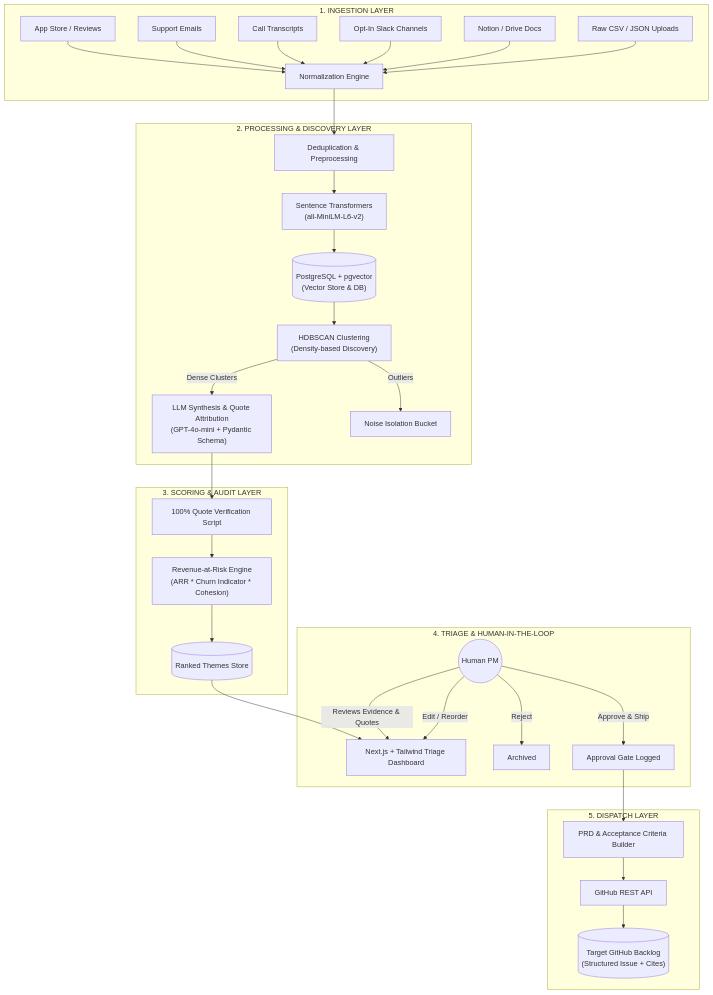
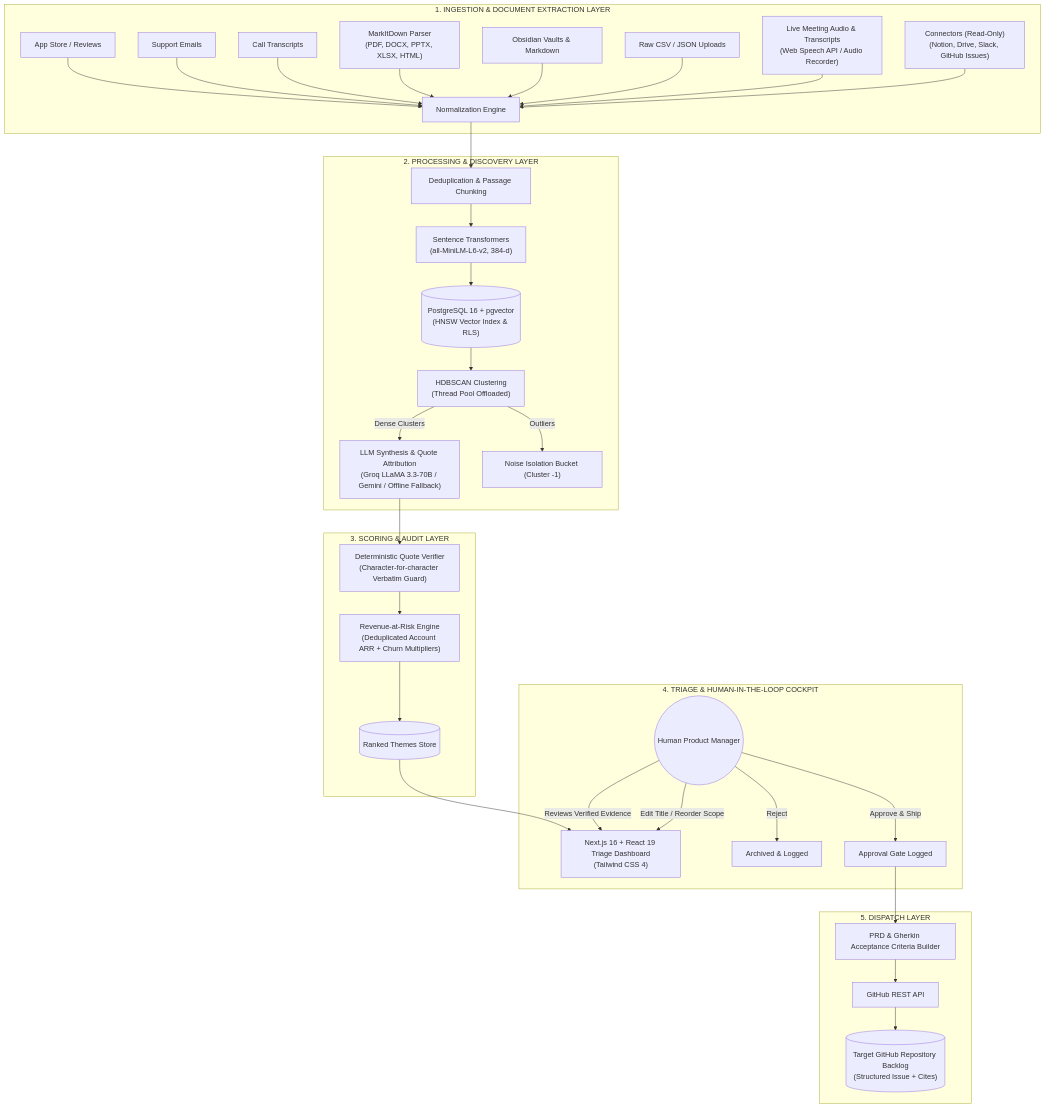
The first of 2 diagrams in Architecture.md (Abhishek-Deshmukh9/ASYNC-MOTIF), drawn with Mermaid before and after one commit. The commit also changed other lines of this file and 15 other files, not shown here.

````diff
--- a/Architecture.md
+++ b/Architecture.md
@@ -12,40 +12,42 @@
 ```mermaid
 flowchart TD
-    subgraph S1["1. INGESTION LAYER"]
+    subgraph S1["1. INGESTION & DOCUMENT EXTRACTION LAYER"]
         A1["App Store / Reviews"] --> N["Normalization Engine"]
         A2["Support Emails"] --> N
         A3["Call Transcripts"] --> N
-        A4["Opt-In Slack Channels"] --> N
-        A5["Notion / Drive Docs"] --> N
+        A4["MarkItDown Parser<br/>(PDF, DOCX, PPTX, XLSX, HTML)"] --> N
+        A5["Obsidian Vaults & Markdown"] --> N
         A6["Raw CSV / JSON Uploads"] --> N
+        A7["Live Meeting Audio & Transcripts<br/>(Web Speech API / Audio Recorder)"] --> N
+        A8["Connectors (Read-Only)<br/>(Notion, Drive, Slack, GitHub Issues)"] --> N
     end
 
     subgraph S2["2. PROCESSING & DISCOVERY LAYER"]
-        N --> DEDUP["Deduplication & Preprocessing"]
-        DEDUP --> EMB["Sentence Transformers<br/>(all-MiniLM-L6-v2)"]
-        EMB --> PG[("PostgreSQL + pgvector<br/>(Vector Store & DB)")]
-        PG --> CLUST["HDBSCAN Clustering<br/>(Density-based Discovery)"]
-        CLUST -->|Dense Clusters| LLM["LLM Synthesis & Quote Attribution<br/>(GPT-4o-mini + Pydantic Schema)"]
-        CLUST -->|Outliers| NOISE["Noise Isolation Bucket"]
+        N --> DEDUP["Deduplication & Passage Chunking"]
+        DEDUP --> EMB["Sentence Transformers<br/>(all-MiniLM-L6-v2, 384-d)"]
+        EMB --> PG[("PostgreSQL 16 + pgvector<br/>(HNSW Vector Index & RLS)")]
+        PG --> CLUST["HDBSCAN Clustering<br/>(Thread Pool Offloaded)"]
+        CLUST -->|Dense Clusters| LLM["LLM Synthesis & Quote Attribution<br/>(Groq LLaMA 3.3-70B / Gemini / Offline Fallback)"]
+        CLUST -->|Outliers| NOISE["Noise Isolation Bucket (Cluster -1)"]
     end
 
     subgraph S3["3. SCORING & AUDIT LAYER"]
-        LLM --> VOTE["100% Quote Verification Script"]
-        VOTE --> SCORER["Revenue-at-Risk Engine<br/>(ARR * Churn Indicator * Cohesion)"]
+        LLM --> VOTE["Deterministic Quote Verifier<br/>(Character-for-character Verbatim Guard)"]
+        VOTE --> SCORER["Revenue-at-Risk Engine<br/>(Deduplicated Account ARR + Churn Multipliers)"]
         SCORER --> THEMES[("Ranked Themes Store")]
     end
 
-    subgraph S4["4. TRIAGE & HUMAN-IN-THE-LOOP"]
-        THEMES --> DASH["Next.js + Tailwind Triage Dashboard"]
-        PM(("Human PM")) -->|Reviews Evidence & Quotes| DASH
-        PM -->|Edit / Reorder| DASH
-        PM -->|Reject| ARCHIVE["Archived"]
+    subgraph S4["4. TRIAGE & HUMAN-IN-THE-LOOP COCKPIT"]
+        THEMES --> DASH["Next.js 16 + React 19 Triage Dashboard<br/>(Tailwind CSS 4)"]
+        PM(("Human Product Manager")) -->|Reviews Verified Evidence| DASH
+        PM -->|Edit Title / Reorder Scope| DASH
+        PM -->|Reject| ARCHIVE["Archived & Logged"]
         PM -->|Approve & Ship| APPROVE["Approval Gate Logged"]
     end
 
     subgraph S5["5. DISPATCH LAYER"]
-        APPROVE --> PRDGEN["PRD & Acceptance Criteria Builder"]
+        APPROVE --> PRDGEN["PRD & Gherkin Acceptance Criteria Builder"]
         PRDGEN --> GH["GitHub REST API"]
-        GH --> REPO[("Target GitHub Backlog<br/>(Structured Issue + Cites)")]
+        GH --> REPO[("Target GitHub Repository Backlog<br/>(Structured Issue + Cites)")]
     end
 ```
````
